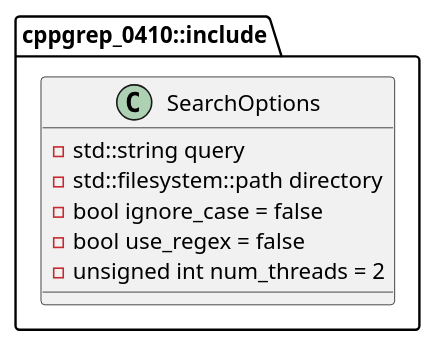
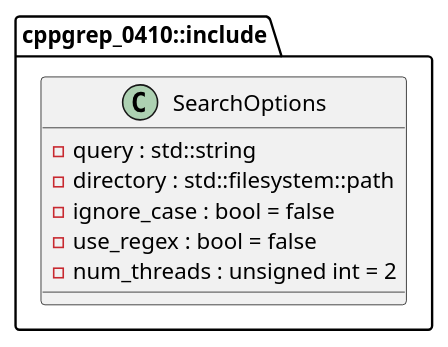
Before and after one commit to hummels-jp/program: the diagram in MapBox/perg-master/cppgrep_0410/include/options.puml, drawn with PlantUML. The commit also changed 15 other files, not shown here.

```diff
--- a/MapBox/perg-master/cppgrep_0410/include/options.puml
+++ b/MapBox/perg-master/cppgrep_0410/include/options.puml
@@ -1,13 +1,13 @@
 @startuml
 ' Define the namespace
 package "cppgrep_0410::include" {
     ' Define the SearchOptions struct
     class SearchOptions {
-        - std::string query
-        - std::filesystem::path directory
-        - bool ignore_case = false
-        - bool use_regex = false
-        - unsigned int num_threads = 2
+        - query : std::string
+        - directory : std::filesystem::path
+        - ignore_case : bool = false
+        - use_regex : bool = false
+        - num_threads : unsigned int = 2
     }
 }
 @enduml
```
